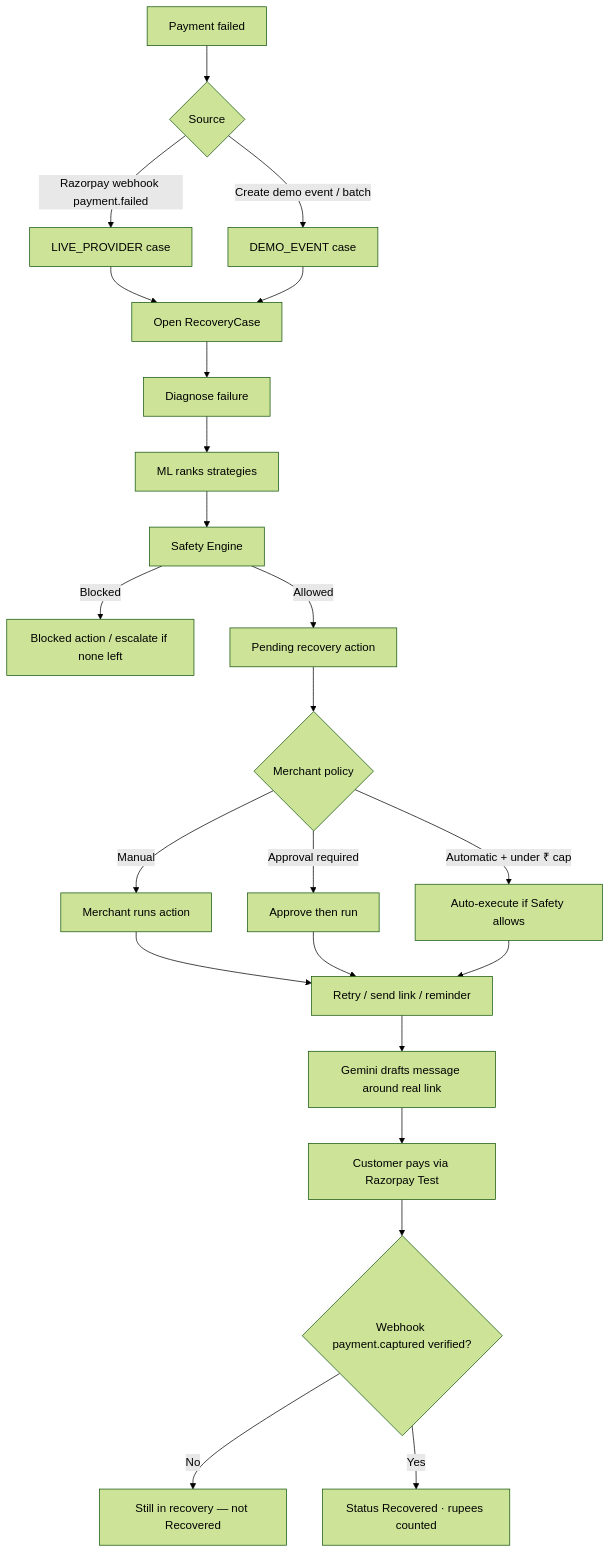
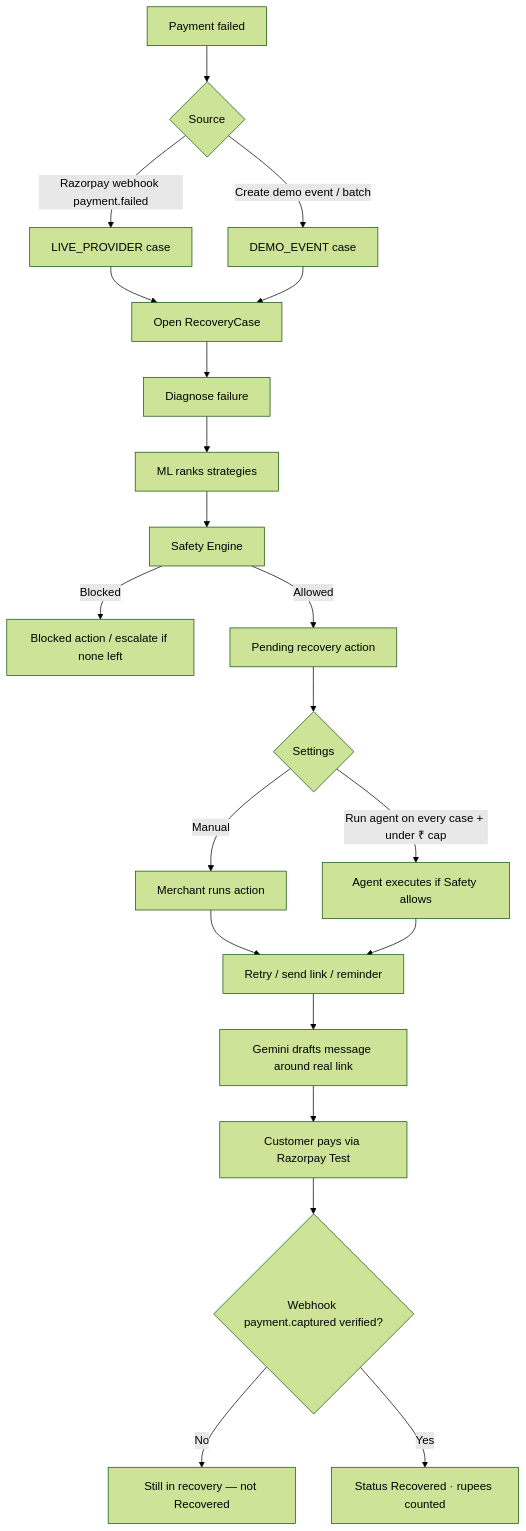
The third of 4 diagrams in README.md (voyage-coder/RecoverAI), drawn with Mermaid (forest theme) before and after one commit. The commit also changed other lines of this file and 9 other files, not shown here.

````diff
--- a/README.md
+++ b/README.md
@@ -317,25 +317,23 @@
 ```mermaid
 flowchart TD
   A[Payment failed] --> B{Source}
   B -->|Razorpay webhook payment.failed| C[LIVE_PROVIDER case]
   B -->|Create demo event / batch| D[DEMO_EVENT case]
   C --> E[Open RecoveryCase]
   D --> E
   E --> F[Diagnose failure]
   F --> G[ML ranks strategies]
   G --> H[Safety Engine]
   H -->|Blocked| I[Blocked action / escalate if none left]
   H -->|Allowed| J[Pending recovery action]
-  J --> K{Merchant policy}
+  J --> K{Settings}
   K -->|Manual| L[Merchant runs action]
-  K -->|Approval required| M[Approve then run]
-  K -->|Automatic + under ₹ cap| N[Auto-execute if Safety allows]
+  K -->|Run agent on every case + under ₹ cap| N[Agent executes if Safety allows]
   L --> O[Retry / send link / reminder]
-  M --> O
   N --> O
   O --> P[Gemini drafts message around real link]
   P --> Q[Customer pays via Razorpay Test]
   Q --> R{Webhook payment.captured verified?}
   R -->|No| S[Still in recovery — not Recovered]
   R -->|Yes| T[Status Recovered · rupees counted]
 ```
````
